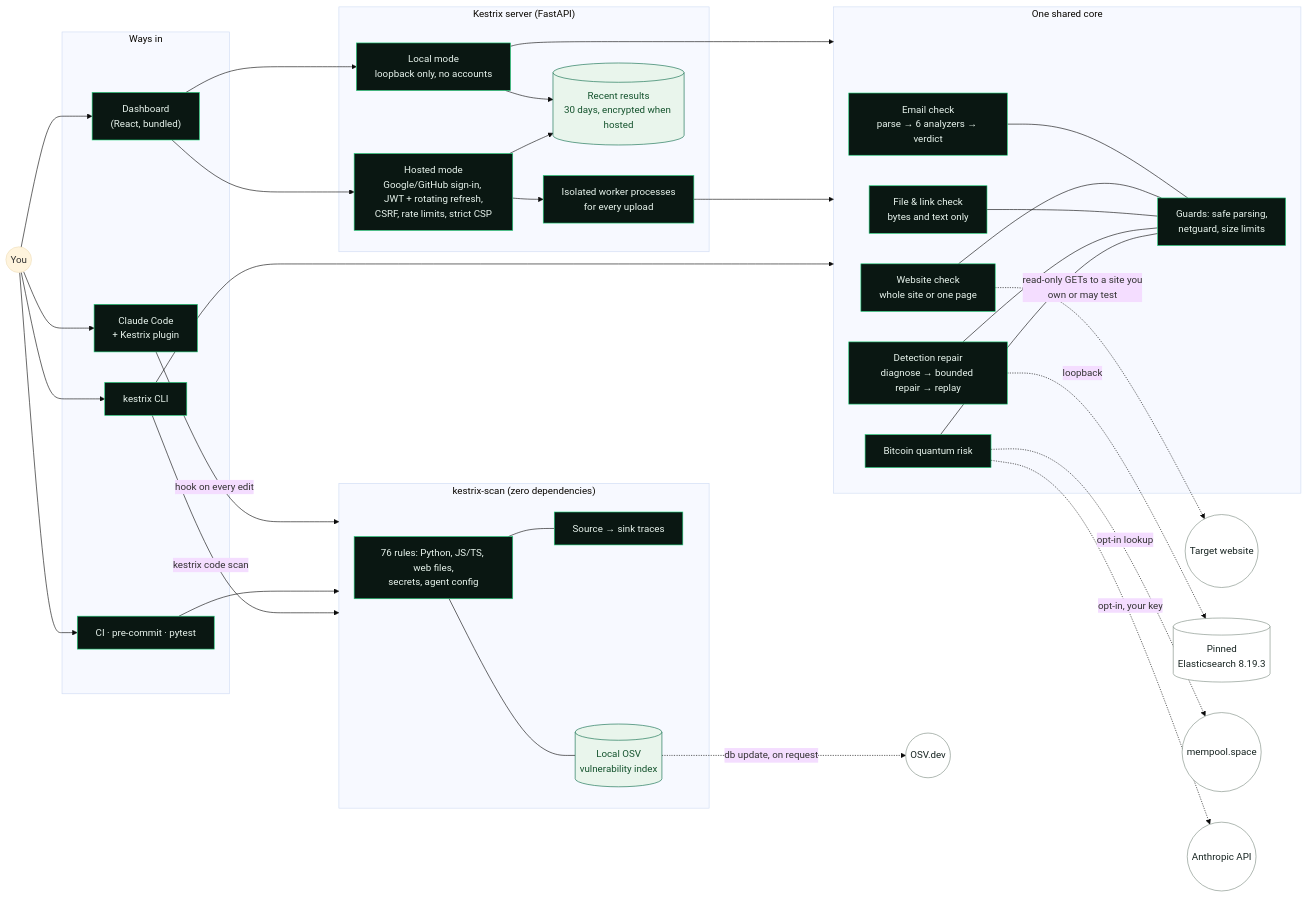
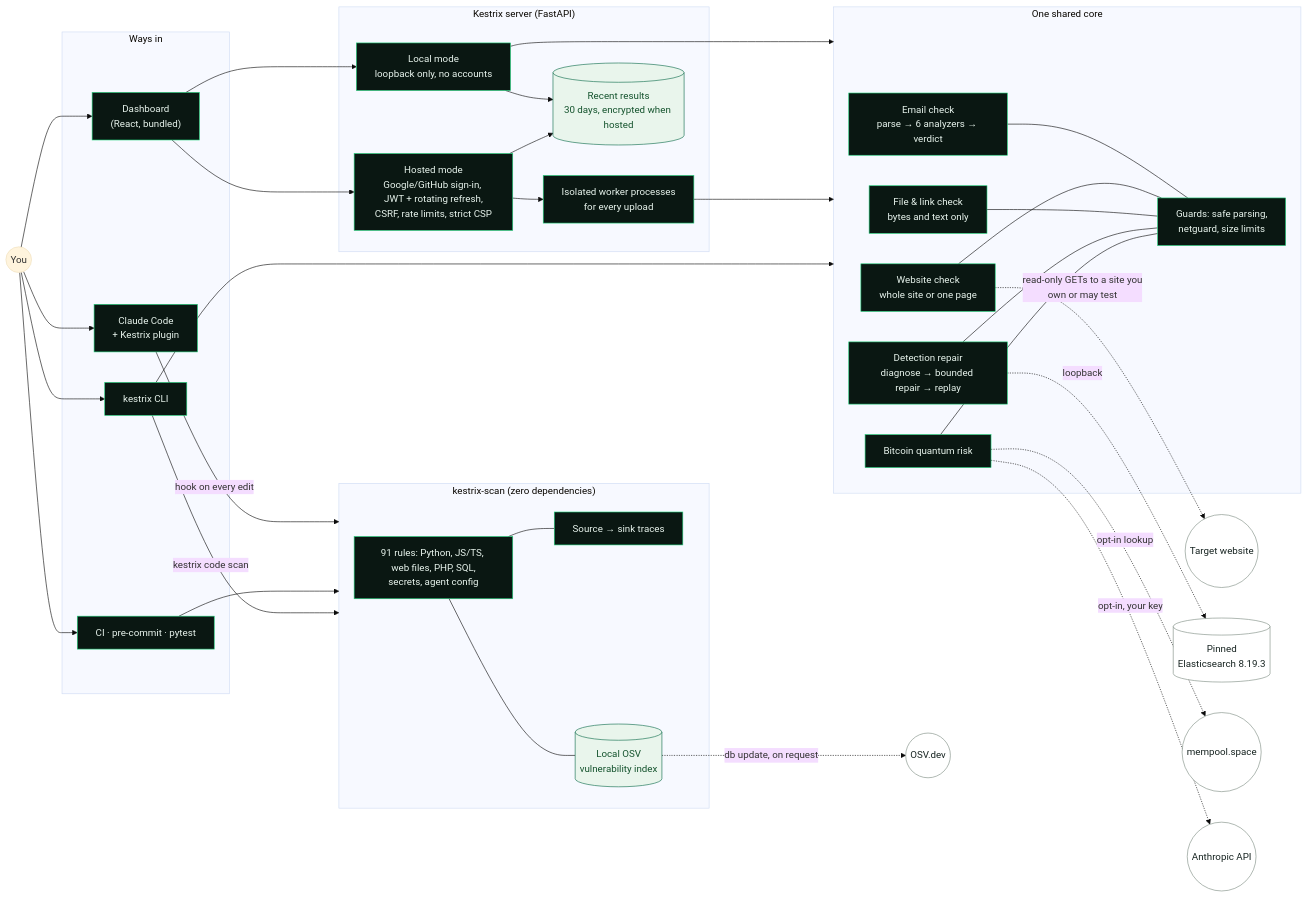
The diagram in README.md (Ruthvik-Bandari/kestrix), drawn with Mermaid (base theme) before and after one commit. The commit also changed 46 other files, not shown here.

First line of the commit message:
kestrix-scan language phase 2 (work in progress): PHP tokenizer and rules, SQL-file rules, PHP benchmark tooling

````diff
--- a/README.md
+++ b/README.md
@@ -379,59 +379,59 @@
 ```mermaid
 flowchart LR
   you(("You"))
 
   subgraph entry["Ways in"]
     cli["kestrix CLI"]
     ui["Dashboard<br/>(React, bundled)"]
     cc["Claude Code<br/>+ Kestrix plugin"]
     ci["CI · pre-commit · pytest"]
   end
 
   subgraph server["Kestrix server (FastAPI)"]
     local["Local mode<br/>loopback only, no accounts"]
     hosted["Hosted mode<br/>Google/GitHub sign-in, JWT + rotating refresh,<br/>CSRF, rate limits, strict CSP"]
     iso["Isolated worker processes<br/>for every upload"]
     hist[("Recent results<br/>30 days, encrypted when hosted")]
   end
 
   subgraph core["One shared core"]
     mail["Email check<br/>parse → 6 analyzers → verdict"]
     web["Website check<br/>whole site or one page"]
     foren["File & link check<br/>bytes and text only"]
     det["Detection repair<br/>diagnose → bounded repair → replay"]
     btc["Bitcoin quantum risk"]
     guard["Guards: safe parsing,<br/>netguard, size limits"]
   end
 
   subgraph scanner["kestrix-scan (zero dependencies)"]
-    rules["76 rules: Python, JS/TS, web files,<br/>secrets, agent config"]
+    rules["91 rules: Python, JS/TS, web files, PHP, SQL,<br/>secrets, agent config"]
     taint["Source → sink traces"]
     osv[("Local OSV<br/>vulnerability index")]
   end
 
   you --> cli & ui & cc & ci
   ui --> local & hosted
   hosted --> iso
   local & iso --> core
   cli --> core
   local & hosted --> hist
   cc -->|"hook on every edit"| scanner
   ci --> scanner
   cli -->|"kestrix code scan"| scanner
   rules --- taint
   rules --- osv
   mail & web & foren & det & btc --- guard
 
   web -.->|"read-only GETs to a site you<br/>own or may test"| site((Target website))
   det -.->|"loopback"| es[("Pinned<br/>Elasticsearch 8.19.3")]
   btc -.->|"opt-in lookup"| mempool((mempool.space))
   btc -.->|"opt-in, your key"| anthropic((Anthropic API))
   osv -.->|"db update, on request"| osvnet((OSV.dev))
 
   classDef zone fill:#0a1712,stroke:#1fd17a,color:#e9f5ee
   classDef ext fill:#ffffff,stroke:#7d8d82,color:#162320
   classDef store fill:#e9f5ec,stroke:#0c6b4b,color:#14532d
   class cli,ui,cc,ci,local,hosted,iso,mail,web,foren,det,btc,guard,rules,taint zone
   class site,es,mempool,anthropic,osvnet ext
   class hist,osv store
 ```
````
